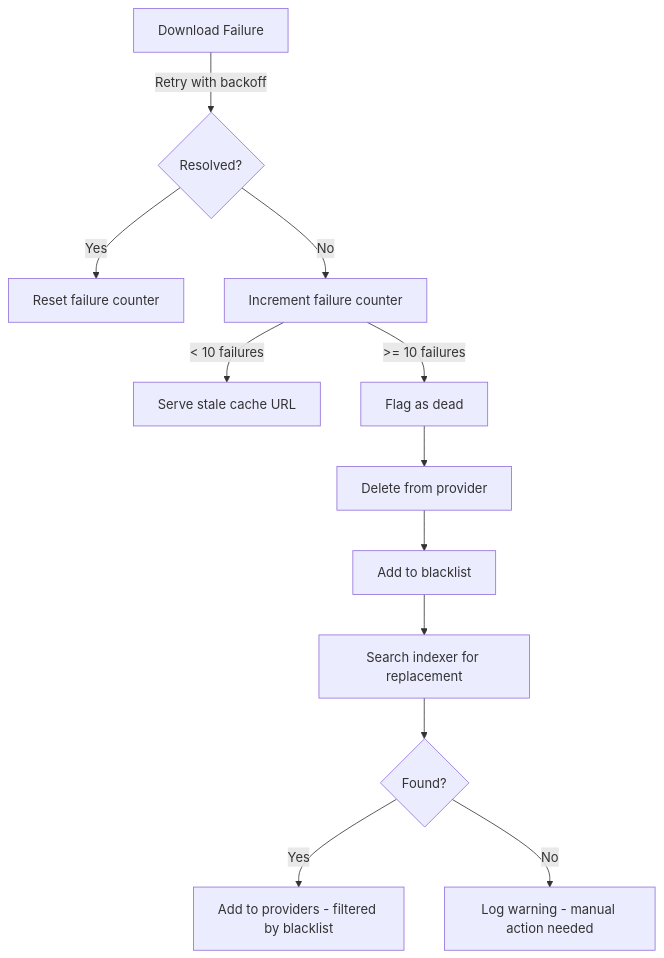
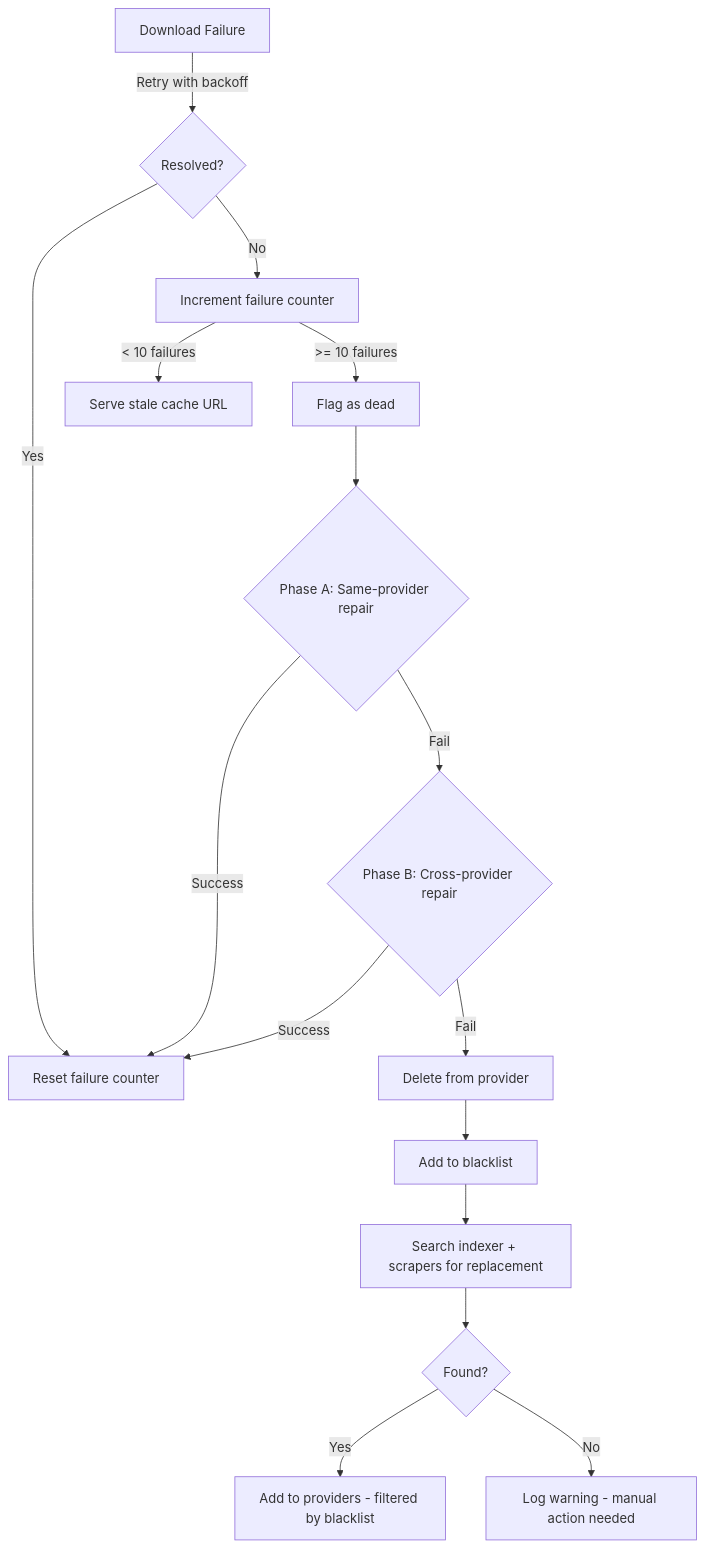
One commit to moderniselife/SchroDrive changed the second of 2 diagrams in README.md. Above: the diagram before and after it, drawn with Mermaid. The commit also changed other lines of this file and 16 other files, not shown here.

````diff
--- a/README.md
+++ b/README.md
@@ -296,14 +308,18 @@
 ```mermaid
 graph TD
     A[Download Failure] -->|Retry with backoff| B{Resolved?}
     B -->|Yes| C[Reset failure counter]
     B -->|No| D[Increment failure counter]
     D -->|< 10 failures| E[Serve stale cache URL]
     D -->|>= 10 failures| F[Flag as dead]
-    F --> G[Delete from provider]
+    F --> R1{Phase A: Same-provider repair}
+    R1 -->|Success| C
+    R1 -->|Fail| R2{Phase B: Cross-provider repair}
+    R2 -->|Success| C
+    R2 -->|Fail| G[Delete from provider]
     G --> H[Add to blacklist]
-    H --> I[Search indexer for replacement]
+    H --> I[Search indexer + scrapers for replacement]
     I --> J{Found?}
     J -->|Yes| K[Add to providers - filtered by blacklist]
     J -->|No| L[Log warning - manual action needed]
 ```
````
